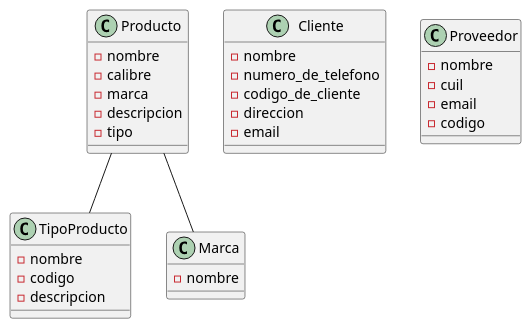
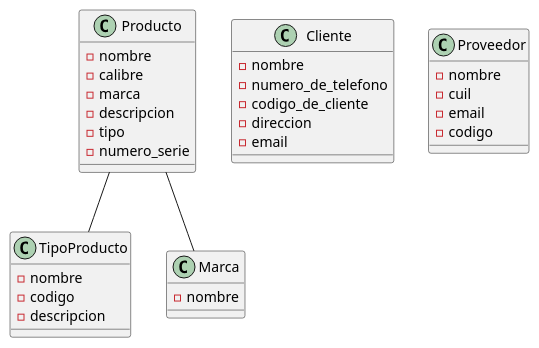
The diagram in doc/diagrama.puml (Tote1958/armeria-america), drawn with PlantUML before and after one commit.

```diff
--- a/doc/diagrama.puml
+++ b/doc/diagrama.puml
@@ -1,35 +1,36 @@
 @startuml Diagrama de clases
 class Producto{
     - nombre
     - calibre
     - marca
     - descripcion
-    - tipo 
+    - tipo
+    - numero_serie
 }
 
 class Cliente{
     - nombre
     - numero_de_telefono
     - codigo_de_cliente
     - direccion
     - email  
 } 
 class Proveedor{
     - nombre
     - cuil 
     - email 
     - codigo
 } 
 ' Arma, accesorio, municiones
 class TipoProducto{
     - nombre
     - codigo
     - descripcion 
 }
 class Marca{
     - nombre
 }
 Producto -- Marca
 Producto -- TipoProducto
 
 @enduml
```
